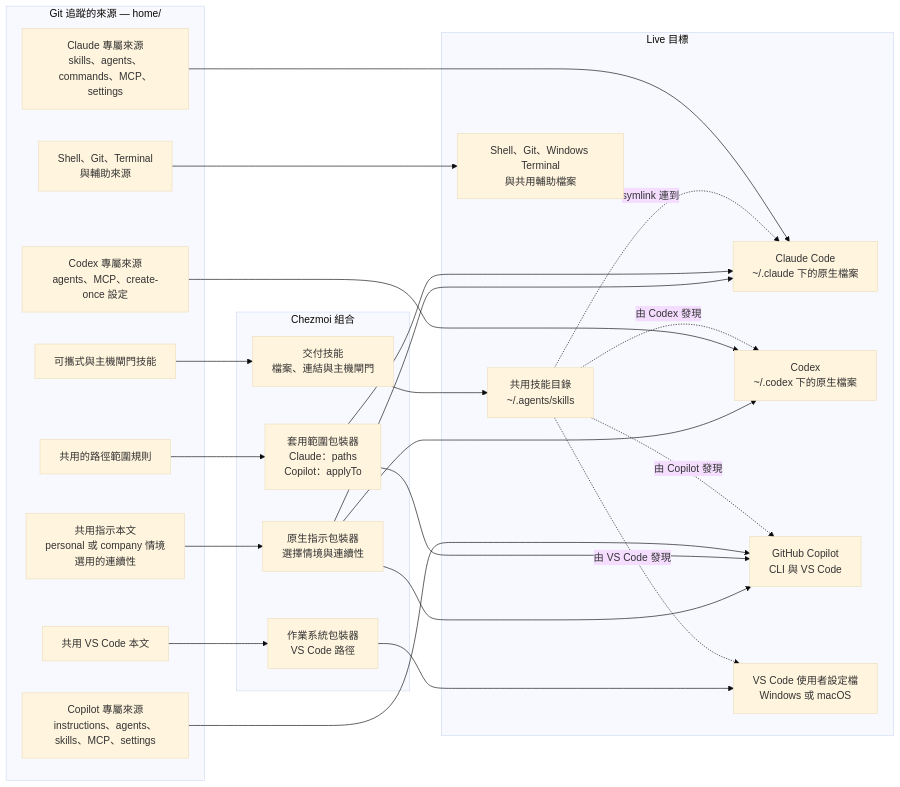
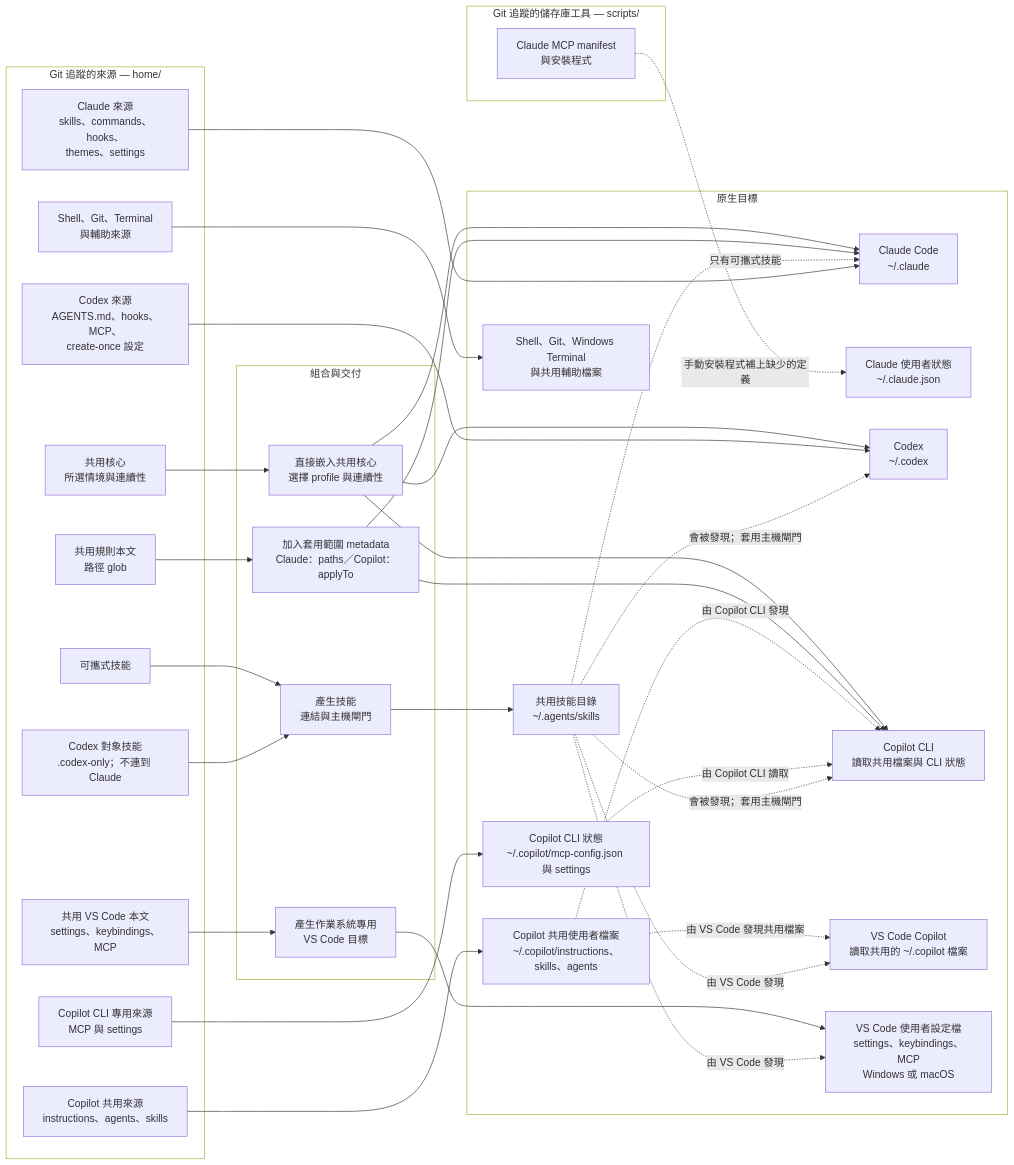
Before and after one commit to sherrilla71940/personal-agentic-dev-environment: the first of 3 diagrams in README.zh-TW.md, drawn with Mermaid. The commit also changed other lines of this file and 1 other file, not shown here.

Commit message:
docs(readme): clarify workflow and Mermaid diagrams

````diff
--- a/README.zh-TW.md
+++ b/README.zh-TW.md
@@ -52,54 +52,71 @@
 ```mermaid
-%%{init: {"theme": "base", "themeVariables": {"fontSize": "16px", "fontFamily": "system-ui, sans-serif"}, "flowchart": {"useMaxWidth": false}}}%%
+%%{init: {"themeVariables": {"clusterBkg": "transparent"}, "flowchart": {"useMaxWidth": false}}}%%
 flowchart LR
     subgraph source["Git 追蹤的來源 — home/"]
-        core["共用指示本文<br/>personal 或 company 情境<br/>選用的連續性"]
-        rules["共用的路徑範圍規則"]
-        skills["可攜式與主機閘門技能"]
-        claudeNative["Claude 專屬來源<br/>skills、agents、commands、MCP、settings"]
-        codexNative["Codex 專屬來源<br/>agents、MCP、create-once 設定"]
-        copilotNative["Copilot 專屬來源<br/>instructions、agents、skills、MCP、settings"]
-        vscodeBody["共用 VS Code 本文"]
+        core["共用核心<br/>所選情境與連續性"]
+        rules["共用規則本文<br/>路徑 glob"]
+        portableSkills["可攜式技能"]
+        codexSkills["Codex 對象技能<br/>.codex-only；不連到 Claude"]
+        claudeNative["Claude 來源<br/>skills、commands、hooks、<br/>themes、settings"]
+        codexNative["Codex 來源<br/>AGENTS.md、hooks、MCP、<br/>create-once 設定"]
+        copilotNative["Copilot 共用來源<br/>instructions、agents、skills"]
+        copilotCliNative["Copilot CLI 專用來源<br/>MCP 與 settings"]
+        vscodeBody["共用 VS Code 本文<br/>settings、keybindings、MCP"]
         platform["Shell、Git、Terminal<br/>與輔助來源"]
     end
 
-    subgraph render["Chezmoi 組合"]
-        instructionAdapters["原生指示包裝器<br/>選擇情境與連續性"]
-        ruleAdapters["套用範圍包裝器<br/>Claude：paths<br/>Copilot：applyTo"]
-        skillDelivery["交付技能<br/>檔案、連結與主機閘門"]
-        osAdapters["作業系統包裝器<br/>VS Code 路徑"]
+    subgraph tooling["Git 追蹤的儲存庫工具 — scripts/"]
+        claudeMcp["Claude MCP manifest<br/>與安裝程式"]
     end
 
-    subgraph targets["Live 目標"]
-        claude["Claude Code<br/>~/.claude 下的原生檔案"]
-        codex["Codex<br/>~/.codex 下的原生檔案"]
-        copilot["GitHub Copilot<br/>CLI 與 VS Code"]
+    subgraph render["組合與交付"]
+        instructionAdapters["直接嵌入共用核心<br/>選擇 profile 與連續性"]
+        ruleAdapters["加入套用範圍 metadata<br/>Claude：paths／Copilot：applyTo"]
+        skillDelivery["產生技能<br/>連結與主機閘門"]
+        osAdapters["產生作業系統專用<br/>VS Code 目標"]
+    end
+
+    subgraph targets["原生目標"]
+        claude["Claude Code<br/>~/.claude"]
+        claudeState["Claude 使用者狀態<br/>~/.claude.json"]
+        codex["Codex<br/>~/.codex"]
+        copilotFiles["Copilot 共用使用者檔案<br/>~/.copilot/instructions、skills、agents"]
+        copilotCli["Copilot CLI<br/>讀取共用檔案與 CLI 狀態"]
+        copilotCliState["Copilot CLI 狀態<br/>~/.copilot/mcp-config.json 與 settings"]
+        copilotHost["VS Code Copilot<br/>讀取共用的 ~/.copilot 檔案"]
         agents["共用技能目錄<br/>~/.agents/skills"]
-        vscode["VS Code 使用者設定檔<br/>Windows 或 macOS"]
+        vscode["VS Code 使用者設定檔<br/>settings、keybindings、MCP<br/>Windows 或 macOS"]
         other["Shell、Git、Windows Terminal<br/>與共用輔助檔案"]
     end
 
     core --> instructionAdapters
     instructionAdapters --> claude
     instructionAdapters --> codex
-    instructionAdapters --> copilot
+    instructionAdapters --> copilotCli
 
     rules --> ruleAdapters
     ruleAdapters --> claude
-    ruleAdapters --> copilot
+    ruleAdapters --> copilotCli
 
-    skills --> skillDelivery
+    portableSkills --> skillDelivery
+    codexSkills --> skillDelivery
     skillDelivery --> agents
-    agents -.->|"symlink 連到"| claude
+    agents -.->|"只有可攜式技能"| claude
 
     claudeNative --> claude
+    claudeMcp -.->|"手動安裝程式補上缺少的定義"| claudeState
     codexNative --> codex
-    copilotNative --> copilot
+    copilotNative --> copilotFiles
+    copilotCliNative --> copilotCliState
 
     vscodeBody --> osAdapters --> vscode
     platform --> other
 
-    agents -.->|"由 Codex 發現"| codex
-    agents -.->|"由 Copilot 發現"| copilot
+    copilotFiles -.->|"由 Copilot CLI 發現"| copilotCli
+    copilotFiles -.->|"由 VS Code 發現共用檔案"| copilotHost
+    copilotCliState -.->|"由 Copilot CLI 讀取"| copilotCli
+    agents -.->|"會被發現；套用主機閘門"| codex
+    agents -.->|"會被發現；套用主機閘門"| copilotCli
+    agents -.->|"由 VS Code 發現"| copilotHost
     agents -.->|"由 VS Code 發現"| vscode
 ```
````
